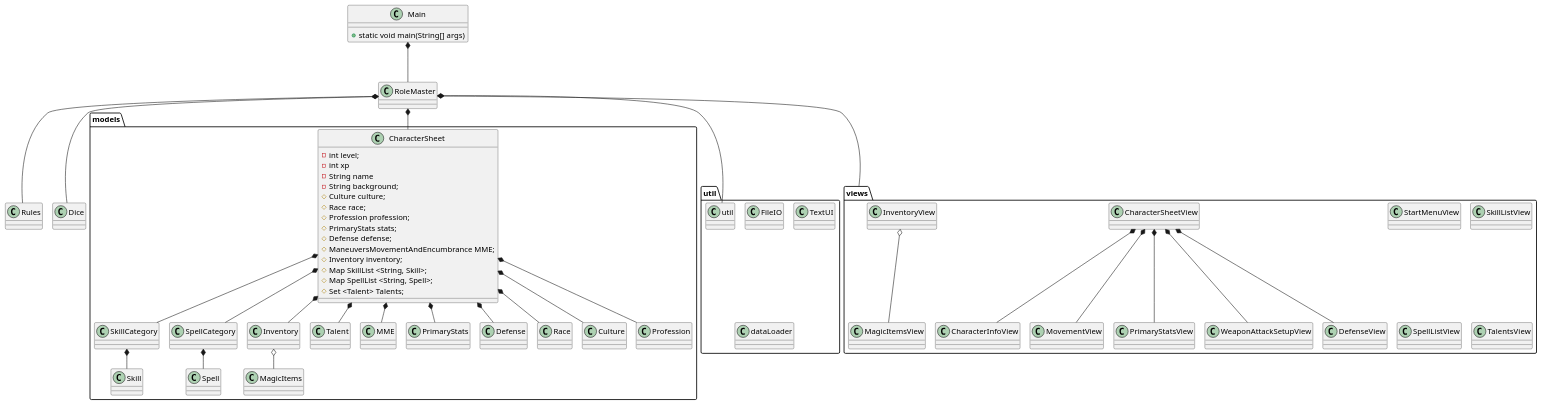
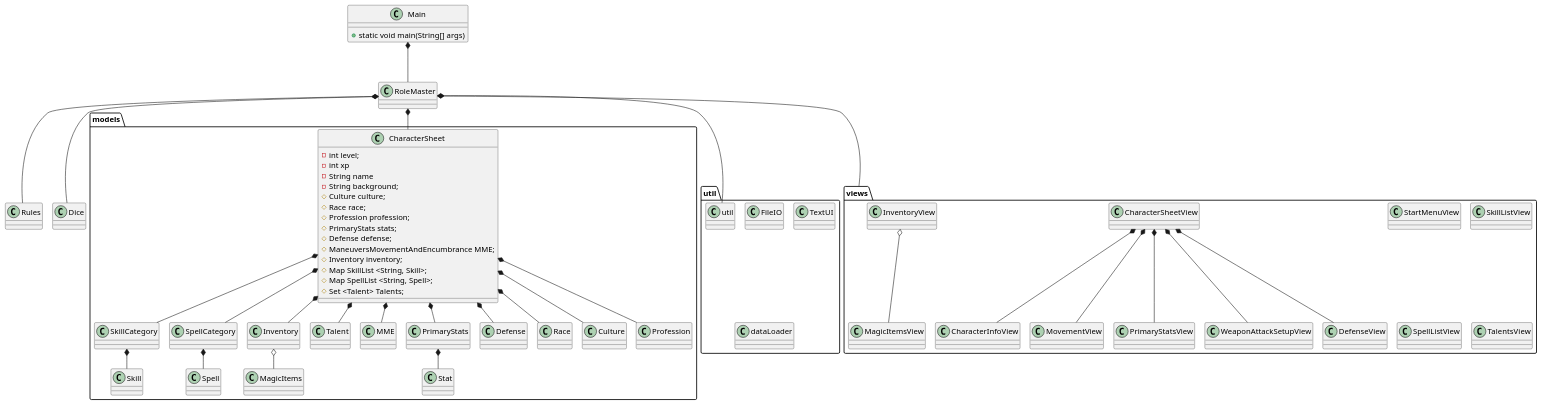
Before and after one commit to Falcho/ICE: the diagram in Docs/ClassDiagram.puml, drawn with PlantUML.

Commit message:
Har oprettet en "Stat" klasse i klassediagrammet.

```diff
--- a/Docs/ClassDiagram.puml
+++ b/Docs/ClassDiagram.puml
@@ -1,95 +1,97 @@
 @startuml
 'https://plantuml.com/class-diagram
 !pragma layout smetana
 
 
 Class Main{
 +static void main(String[] args)
 }
 
 
 Class RoleMaster{}
 
 Class Rules{}
 Class Dice{}
 
 package views{
 Class StartMenuView{}
 Class CharacterSheetView{}
 Class CharacterInfoView{}
 Class SkillListView{}
 Class SpellListView{}
 Class InventoryView{}
 Class TalentsView{}
 Class MovementView{}
 Class PrimaryStatsView{}
 Class WeaponAttackSetupView{}
 Class DefenseView{}
 Class MagicItemsView{}
 }
 CharacterSheetView *-- CharacterInfoView
 CharacterSheetView *-- PrimaryStatsView
 CharacterSheetView *-- MovementView
 CharacterSheetView *-- WeaponAttackSetupView
 CharacterSheetView *-- DefenseView
 InventoryView o-- MagicItemsView
 
 package models{
 Class CharacterSheet{
 - int level;
 - int xp
 - String name
 - String background;
 # Culture culture;
 # Race race;
 # Profession profession;
 # PrimaryStats stats;
 # Defense defense;
 # ManeuversMovementAndEncumbrance MME;
 # Inventory inventory;
 # Map SkillList <String, Skill>;
 # Map SpellList <String, Spell>;
 # Set <Talent> Talents;
 }
 Class Skill{}
 Class SkillCategory{}
 Class Spell{}
 Class SpellCategory{}
 Class Inventory{}
 Class Talent{}
 Class MME{}
 Class PrimaryStats{}
 Class Defense{}
 Class MagicItems{}
 Class Race{}
 Class Culture{}
 Class Profession{}
+Class Stat{}
 }
 
 CharacterSheet *-- PrimaryStats
 CharacterSheet *-- MME
 CharacterSheet *-- Defense
 Inventory o-- MagicItems
 CharacterSheet *-- Talent
 CharacterSheet *-- SkillCategory
 SkillCategory *-- Skill
 CharacterSheet *-- SpellCategory
 SpellCategory *-- Spell
 CharacterSheet *-- Inventory
 CharacterSheet *-- Race
 CharacterSheet *-- Culture
 CharacterSheet *-- Profession
+PrimaryStats *-- Stat
 
 
 package util {
     Class FileIO{}
     Class TextUI{}
     Class dataLoader{}
 
 Main *--- RoleMaster
 RoleMaster *-- CharacterSheet
 RoleMaster *-- views
 RoleMaster *-- Dice
 RoleMaster *-- util
 RoleMaster *-- Rules
 @enduml
```
